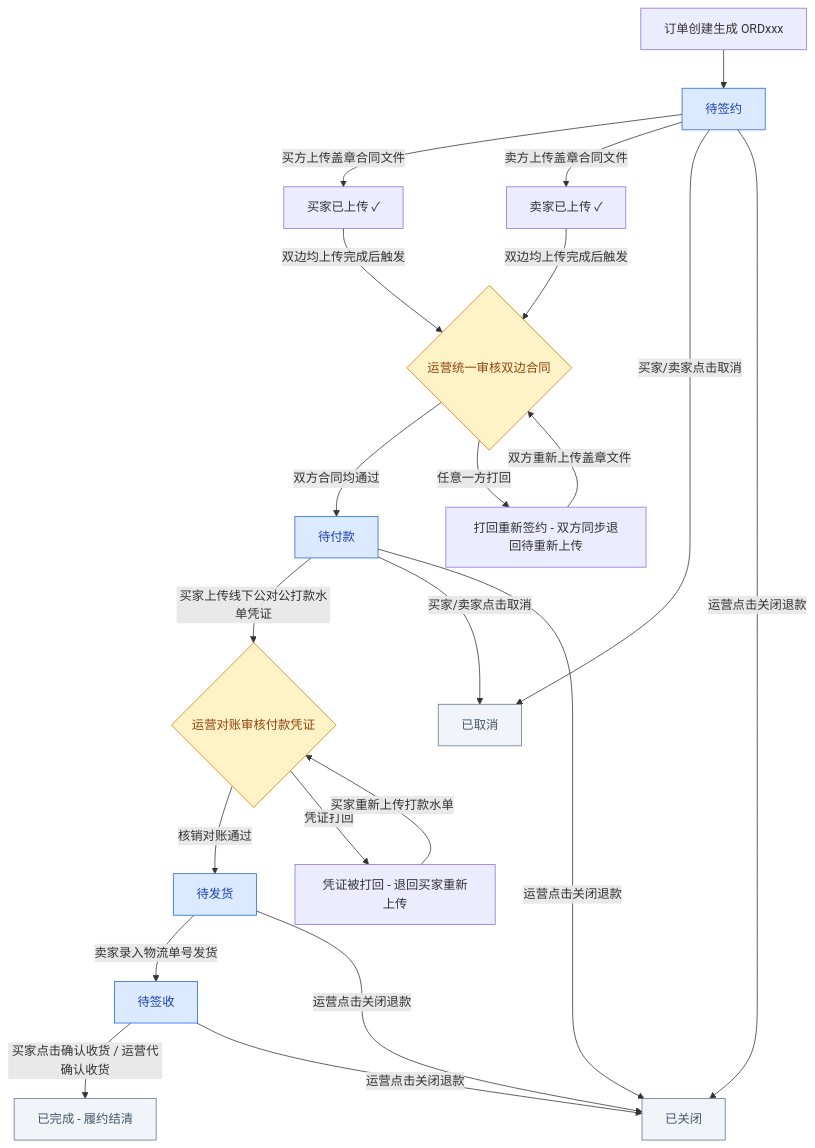
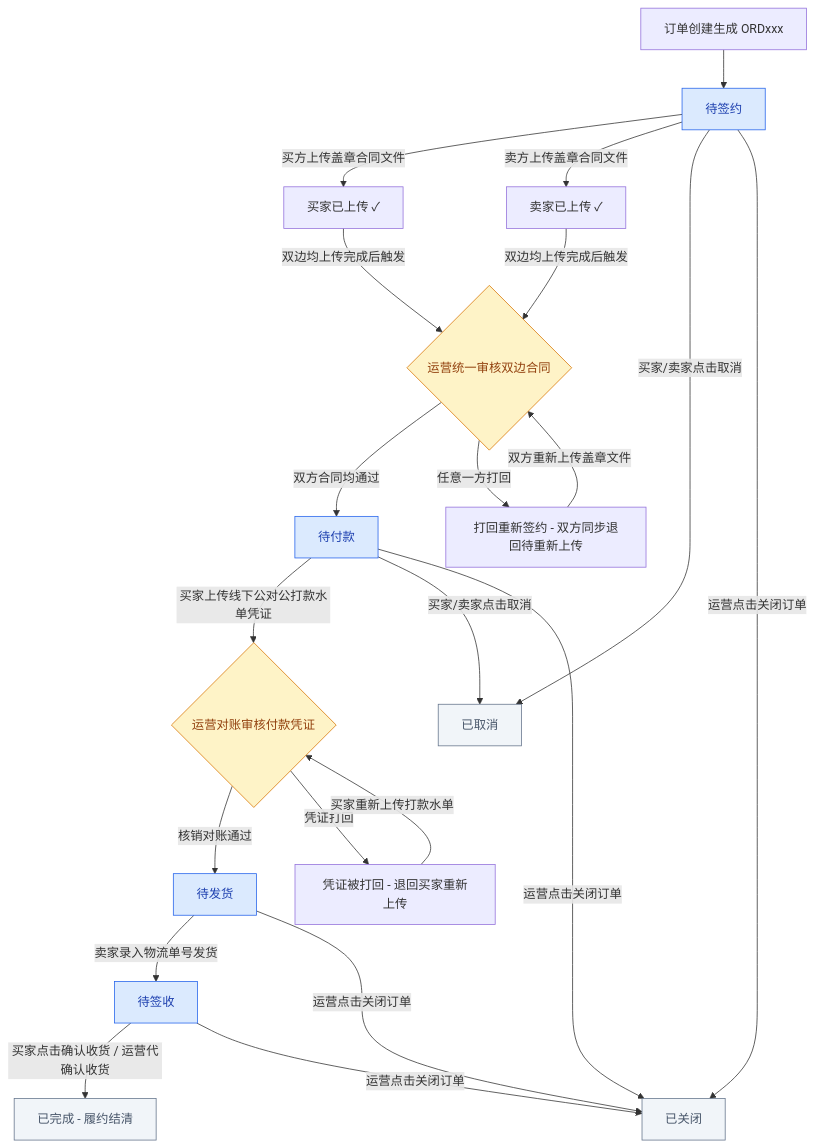
Before and after one commit to barry0-0/sahngliu: the third of 5 diagrams in Summary/字段表整理文档_完整版.md, drawn with Mermaid. The commit also changed other lines of this file and 2 other files, not shown here.

````diff
--- a/Summary/字段表整理文档_完整版.md
+++ b/Summary/字段表整理文档_完整版.md
@@ -186,32 +180,25 @@
 ```mermaid
 graph TB
     A[订单创建生成 ORDxxx] --> B[待签约]
-    
     B -->|买方上传盖章合同文件| B1[买家已上传 ✓]
     B -->|卖方上传盖章合同文件| B2[卖家已上传 ✓]
-    
     B1 & B2 -->|双边均上传完成后触发| C{运营统一审核双边合同}
     C -->|双方合同均通过| D[待付款]
     C -->|任意一方打回| E[打回重新签约 - 双方同步退回待重新上传]
     E -->|双方重新上传盖章文件| C
-    
     D -->|买家上传线下公对公打款水单凭证| F{运营对账审核付款凭证}
     F -->|核销对账通过| G[待发货]
     F -->|凭证打回| H[凭证被打回 - 退回买家重新上传]
     H -->|买家重新上传打款水单| F
-    
     G -->|卖家录入物流单号发货| I[待签收]
     I -->|买家点击确认收货 / 运营代确认收货| J[已完成 - 履约结清]
-    
     B & D -->|买家/卖家点击取消| K[已取消]
-    B & D & G & I -->|运营点击关闭退款| L[已关闭]
-    
+    B & D & G & I -->|运营点击关闭订单| L[已关闭]
     classDef state fill:#dbeafe,stroke:#2563eb,color:#1e40af
     classDef judge fill:#fef3c7,stroke:#d97706,color:#92400e
     classDef endState fill:#f1f5f9,stroke:#64748b,color:#475569
-
     class B,D,G,I state
     class J endState
     class K,L endState
     class C,F judge
 ```
````
